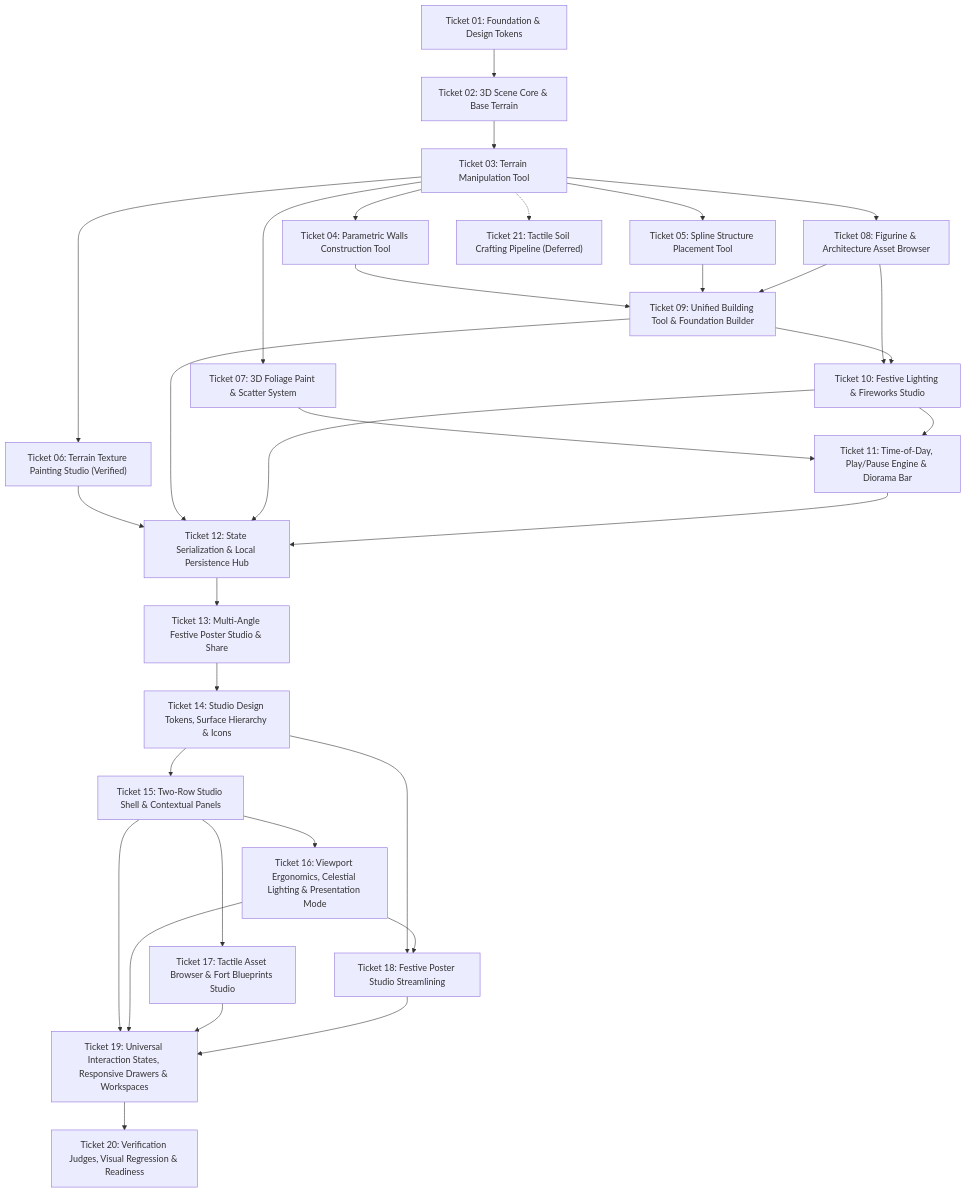
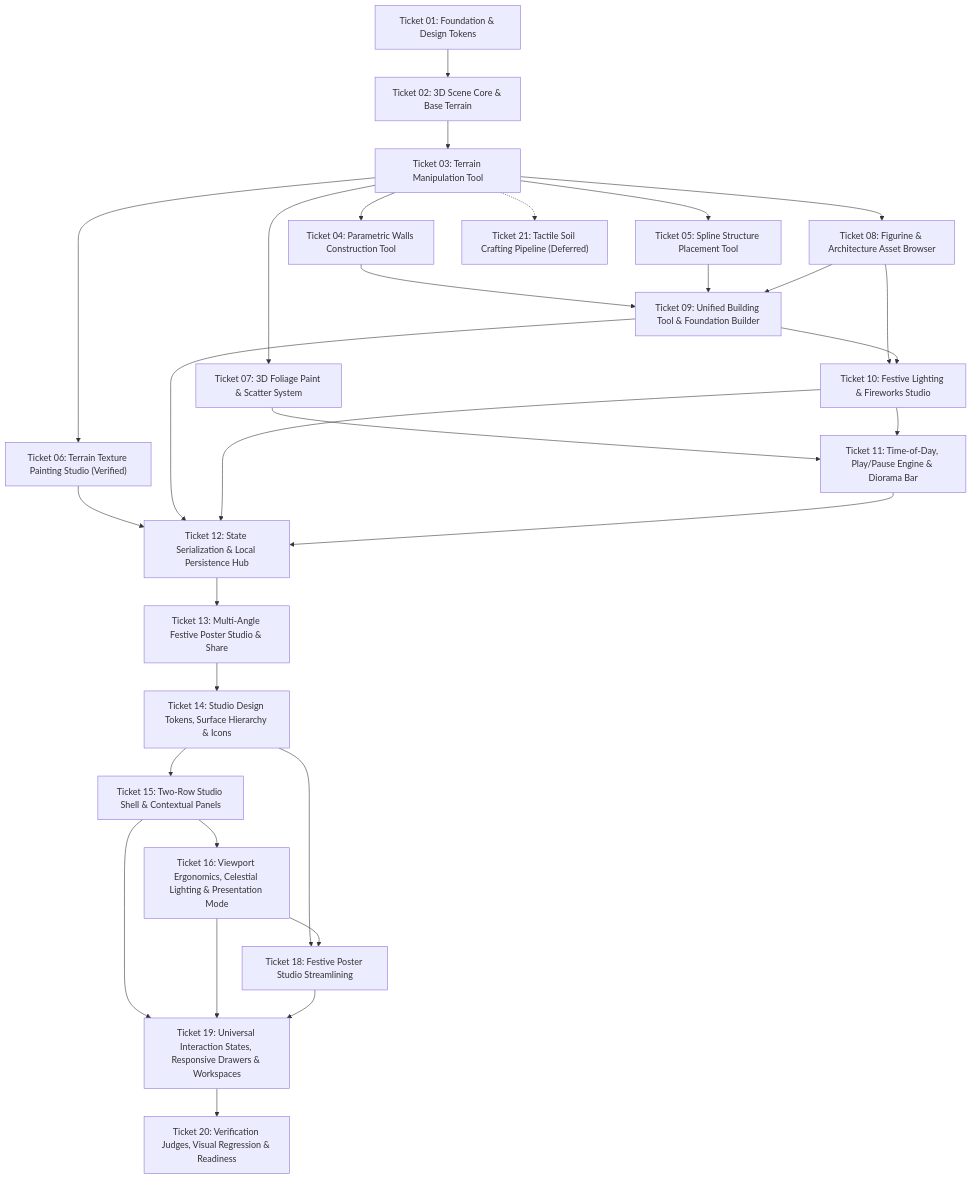
The diagram in roadmap.md (adityapawar112/KillaPlayground), drawn with Mermaid before and after one commit. The commit also changed other lines of this file and 5 other files, not shown here.

First line of the commit message:
feat(poster): streamline Festive Fort Poster Studio & remove Ticket 17

````diff
--- a/roadmap.md
+++ b/roadmap.md
@@ -11,42 +11,40 @@
 ```mermaid
 graph TD
   T01["Ticket 01: Foundation & Design Tokens"] --> T02["Ticket 02: 3D Scene Core & Base Terrain"]
   T02 --> T03["Ticket 03: Terrain Manipulation Tool"]
   
   T03 --> T04["Ticket 04: Parametric Walls Construction Tool"]
   T03 --> T05["Ticket 05: Spline Structure Placement Tool"]
   T03 --> T06["Ticket 06: Terrain Texture Painting Studio (Verified)"]
   T03 --> T07["Ticket 07: 3D Foliage Paint & Scatter System"]
   T03 --> T08["Ticket 08: Figurine & Architecture Asset Browser"]
   
   T04 --> T09["Ticket 09: Unified Building Tool & Foundation Builder"]
   T05 --> T09
   T08 --> T09
   T08 --> T10["Ticket 10: Festive Lighting & Fireworks Studio"]
   T09 --> T10
   T07 --> T11["Ticket 11: Time-of-Day, Play/Pause Engine & Diorama Bar"]
   T10 --> T11
   
   T06 --> T12["Ticket 12: State Serialization & Local Persistence Hub"]
   T09 --> T12
   T10 --> T12
   T11 --> T12
   
   T12 --> T13["Ticket 13: Multi-Angle Festive Poster Studio & Share"]
   
   T13 --> T14["Ticket 14: Studio Design Tokens, Surface Hierarchy & Icons"]
   T14 --> T15["Ticket 15: Two-Row Studio Shell & Contextual Panels"]
   
   T15 --> T16["Ticket 16: Viewport Ergonomics, Celestial Lighting & Presentation Mode"]
-  T15 --> T17["Ticket 17: Tactile Asset Browser & Fort Blueprints Studio"]
   T14 --> T18["Ticket 18: Festive Poster Studio Streamlining"]
   T16 --> T18
   
   T15 --> T19["Ticket 19: Universal Interaction States, Responsive Drawers & Workspaces"]
   T16 --> T19
-  T17 --> T19
   T18 --> T19
   
   T19 --> T20["Ticket 20: Verification Judges, Visual Regression & Readiness"]
   T03 -.-> T21["Ticket 21: Tactile Soil Crafting Pipeline (Deferred)"]
 ```
````
